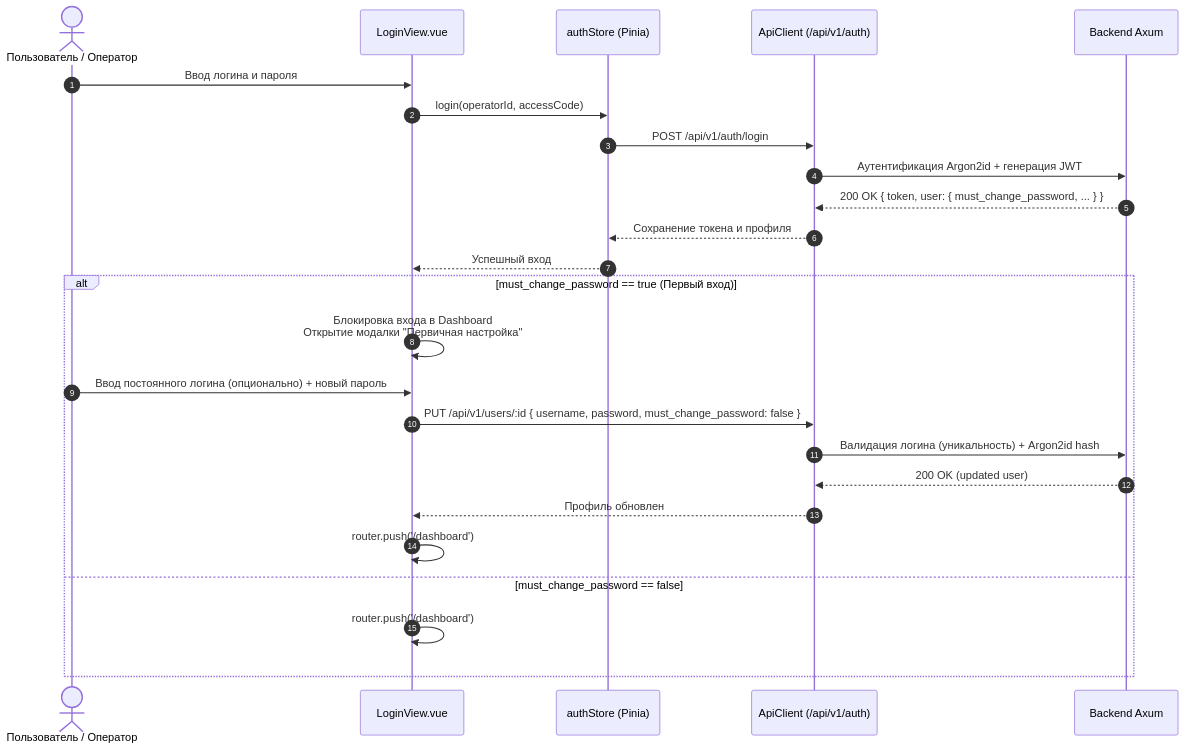
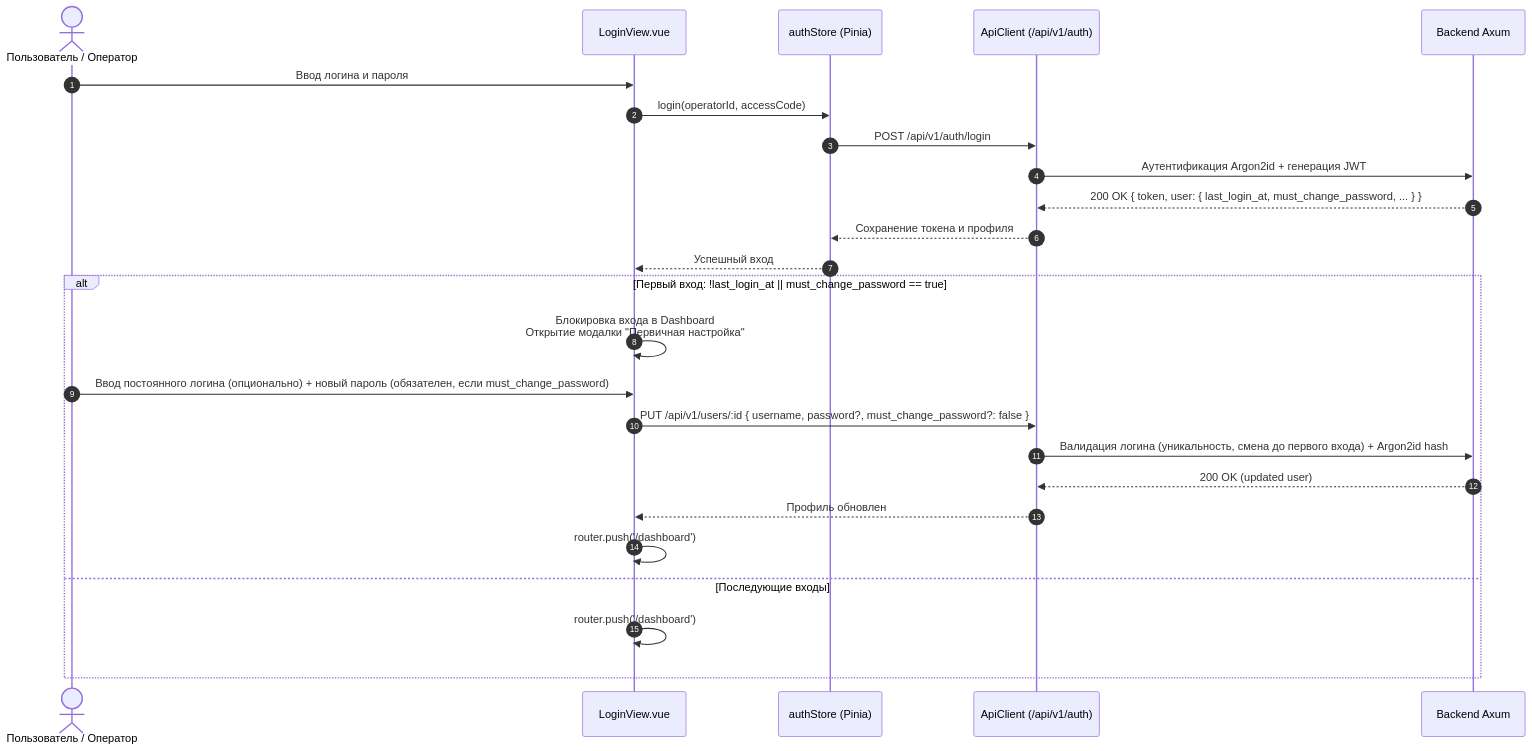
Before and after one commit to Apofixc/AetherCore: the second of 4 diagrams in docs/architecture/FrontendArchitecture.md, drawn with Mermaid. The commit also changed other lines of this file and 12 other files, not shown here.

Commit message:
feat: add department field to user model and make password update optional during login

````diff
--- a/docs/architecture/FrontendArchitecture.md
+++ b/docs/architecture/FrontendArchitecture.md
@@ -44,29 +44,29 @@
 ```mermaid
 sequenceDiagram
     autonumber
     actor User as Пользователь / Оператор
     participant UI as LoginView.vue
     participant Store as authStore (Pinia)
     participant API as ApiClient (/api/v1/auth)
     participant Core as Backend Axum
 
     User->>UI: Ввод логина и пароля
     UI->>Store: login(operatorId, accessCode)
     Store->>API: POST /api/v1/auth/login
     API->>Core: Аутентификация Argon2id + генерация JWT
-    Core-->>API: 200 OK { token, user: { must_change_password, ... } }
+    Core-->>API: 200 OK { token, user: { last_login_at, must_change_password, ... } }
     API-->>Store: Сохранение токена и профиля
     Store-->>UI: Успешный вход
 
-    alt must_change_password == true (Первый вход)
+    alt Первый вход: !last_login_at || must_change_password == true
         UI->>UI: Блокировка входа в Dashboard<br/>Открытие модалки "Первичная настройка"
-        User->>UI: Ввод постоянного логина (опционально) + новый пароль
-        UI->>API: PUT /api/v1/users/:id { username, password, must_change_password: false }
-        API->>Core: Валидация логина (уникальность) + Argon2id hash
+        User->>UI: Ввод постоянного логина (опционально) + новый пароль (обязателен, если must_change_password)
+        UI->>API: PUT /api/v1/users/:id { username, password?, must_change_password?: false }
+        API->>Core: Валидация логина (уникальность, смена до первого входа) + Argon2id hash
         Core-->>API: 200 OK (updated user)
         API-->>UI: Профиль обновлен
         UI->>UI: router.push('/dashboard')
-    else must_change_password == false
+    else Последующие входы
         UI->>UI: router.push('/dashboard')
     end
 ```
````
